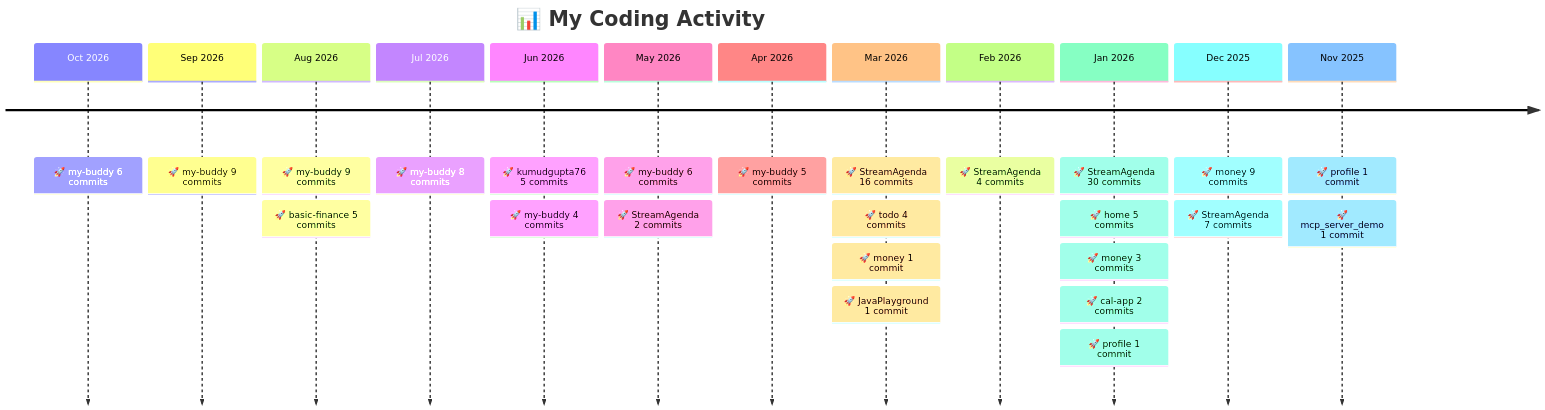
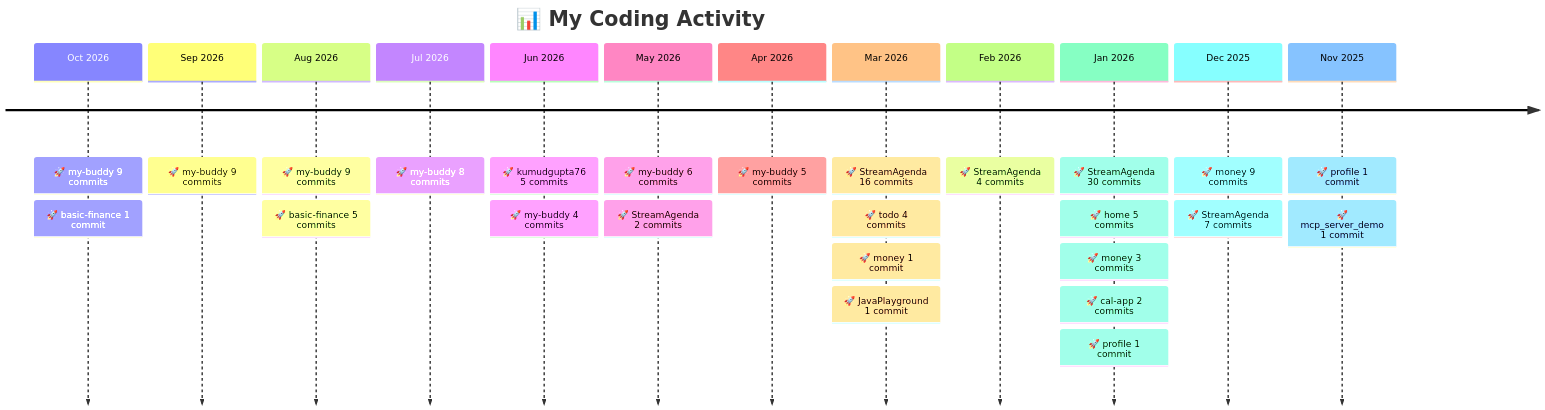
Before and after one commit to kumudgupta76/kumudgupta76: the diagram in README.md, drawn with Mermaid. The commit also changed other lines of this file, not shown here.

Commit message:
chore: update project timeline [skip ci]

````diff
--- a/README.md
+++ b/README.md
@@ -39,16 +39,16 @@
 ```mermaid
 timeline
     title 📊 My Coding Activity
-    Oct 2026 : 🚀 my-buddy 6 commits
+    Oct 2026 : 🚀 my-buddy 9 commits : 🚀 basic-finance 1 commit
     Sep 2026 : 🚀 my-buddy 9 commits
     Aug 2026 : 🚀 my-buddy 9 commits : 🚀 basic-finance 5 commits
     Jul 2026 : 🚀 my-buddy 8 commits
     Jun 2026 : 🚀 kumudgupta76 5 commits : 🚀 my-buddy 4 commits
     May 2026 : 🚀 my-buddy 6 commits : 🚀 StreamAgenda 2 commits
     Apr 2026 : 🚀 my-buddy 5 commits
     Mar 2026 : 🚀 StreamAgenda 16 commits : 🚀 todo 4 commits : 🚀 money 1 commit : 🚀 JavaPlayground 1 commit
     Feb 2026 : 🚀 StreamAgenda 4 commits
     Jan 2026 : 🚀 StreamAgenda 30 commits : 🚀 home 5 commits : 🚀 money 3 commits : 🚀 cal-app 2 commits : 🚀 profile 1 commit
     Dec 2025 : 🚀 money 9 commits : 🚀 StreamAgenda 7 commits
     Nov 2025 : 🚀 profile 1 commit : 🚀 mcp_server_demo 1 commit
 ```
````
